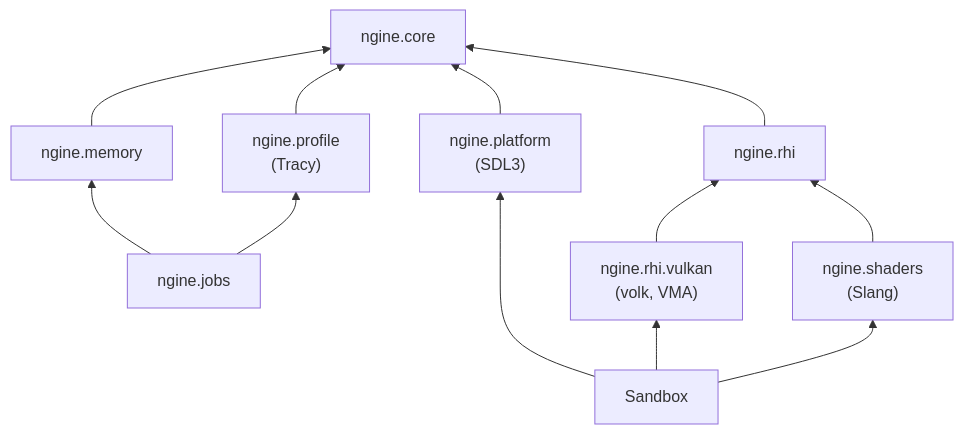
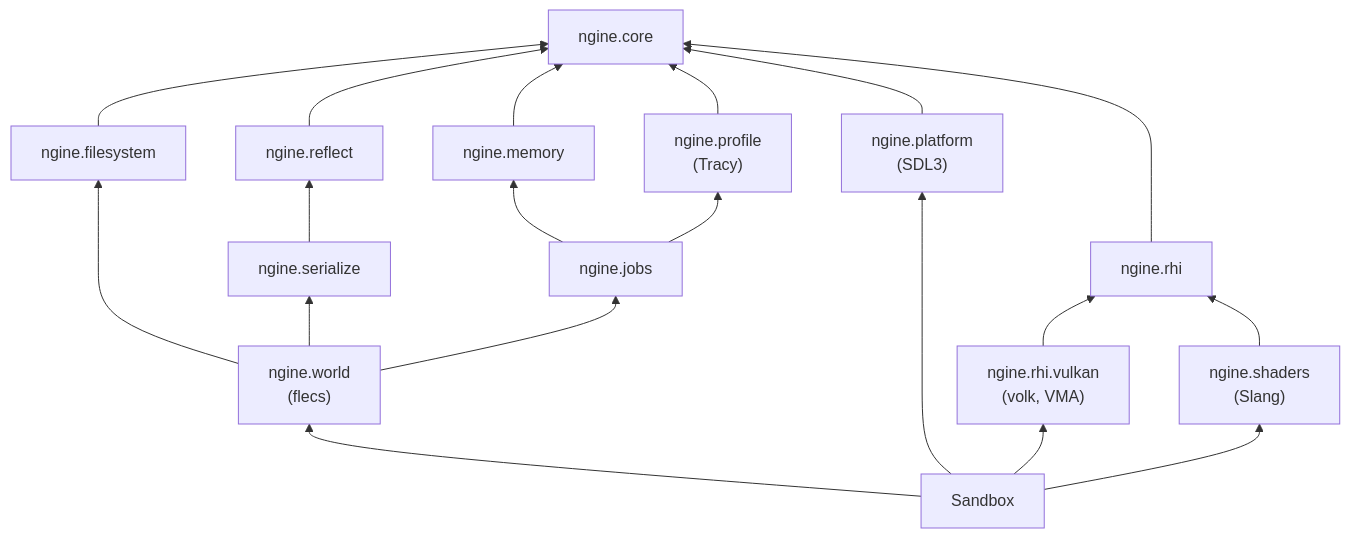
Before and after one commit to viiez/ngine: the second of 5 diagrams in docs/architecture.md, drawn with Mermaid. The commit also changed other lines of this file and 58 other files, not shown here.

````diff
--- a/docs/architecture.md
+++ b/docs/architecture.md
@@ -39,23 +43,34 @@
 ```mermaid
 flowchart BT
     core["ngine.core"]
     memory["ngine.memory"]
     jobs["ngine.jobs"]
     profile["ngine.profile<br/>(Tracy)"]
     platform["ngine.platform<br/>(SDL3)"]
     rhi["ngine.rhi"]
     vulkan["ngine.rhi.vulkan<br/>(volk, VMA)"]
     shaders["ngine.shaders<br/>(Slang)"]
+    fs["ngine.filesystem"]
+    reflect["ngine.reflect"]
+    serialize["ngine.serialize"]
+    world["ngine.world<br/>(flecs)"]
     sandbox["Sandbox"]
+    fs --> core
+    reflect --> core
+    serialize --> reflect
+    world --> serialize
+    world --> jobs
+    world --> fs
     memory --> core
     jobs --> memory
     jobs --> profile
     profile --> core
     platform --> core
     rhi --> core
     vulkan --> rhi
     shaders --> rhi
     sandbox --> platform
     sandbox --> vulkan
     sandbox --> shaders
+    sandbox --> world
 ```
````
